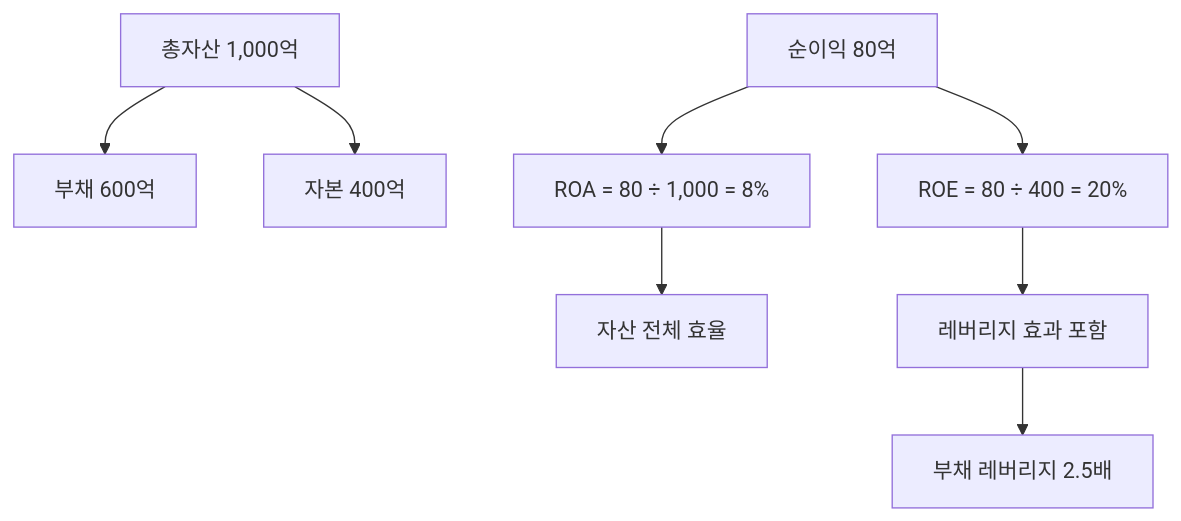
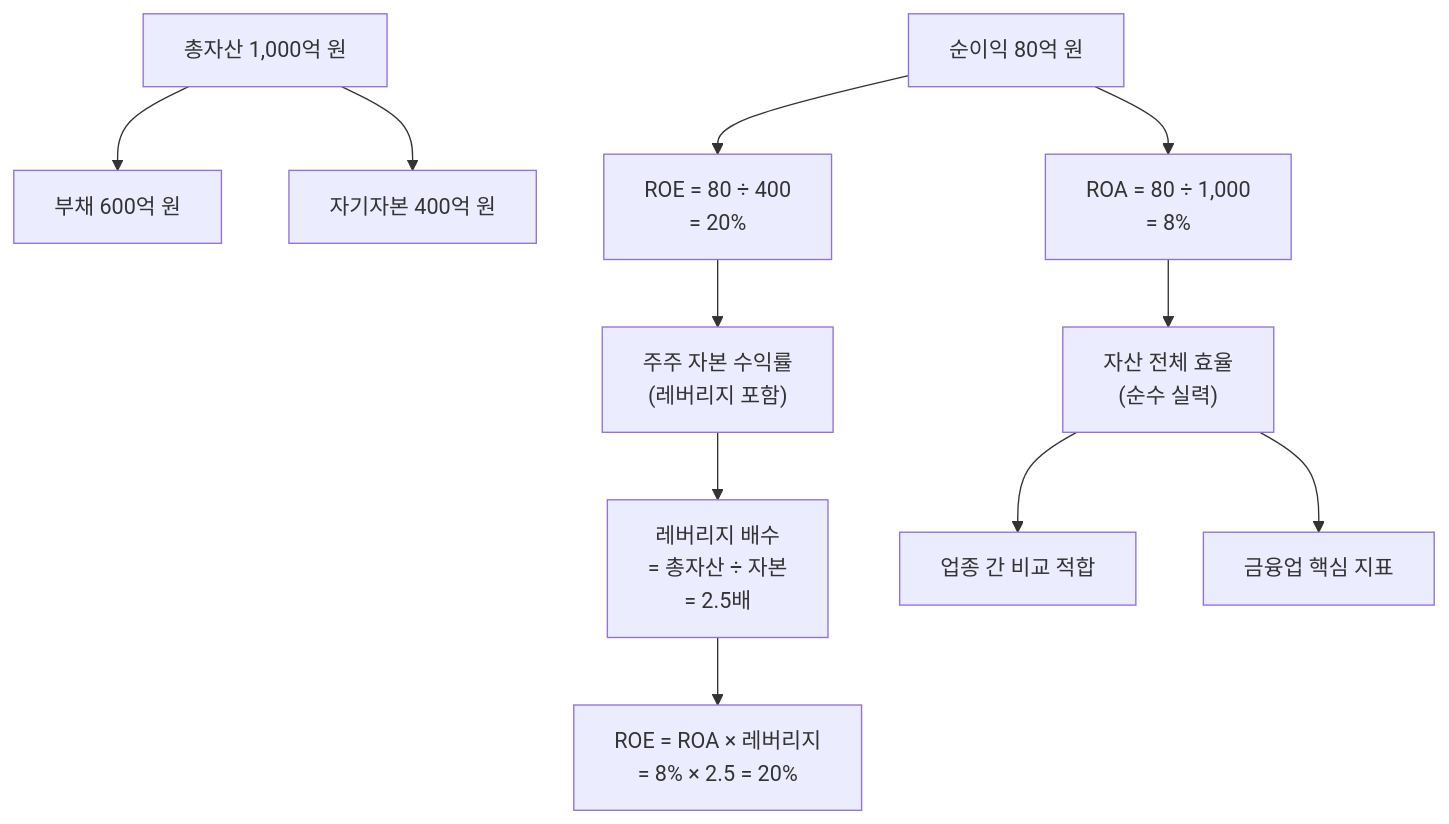
The diagram in content/stock-terms/ko/level-04-ratios/roa.md (yeongseon/stock-visual-note), drawn with Mermaid before and after one commit. The commit also changed other lines of this file, not shown here.

Commit message:
content: rewrite roa.md — 듀폰 분해 설명, M&A 시뮬레이션 시나리오, 12노드 Mermaid, 4개 오해 추가

````diff
--- a/content/stock-terms/ko/level-04-ratios/roa.md
+++ b/content/stock-terms/ko/level-04-ratios/roa.md
@@ -39,11 +47,19 @@
 ```mermaid
 graph TD
-    A["총자산 1,000억"]
-    A --> B["부채 600억"]
-    A --> C["자본 400억"]
-    D["순이익 80억"] --> E["ROA = 80 ÷ 1,000 = 8%"]
-    D --> F["ROE = 80 ÷ 400 = 20%"]
-    E --> G["자산 전체 효율"]
-    F --> H["레버리지 효과 포함"]
-    H --> I["부채 레버리지 2.5배"]
+    A["총자산 1,000억 원"]
+    A --> B["부채 600억 원"]
+    A --> C["자기자본 400억 원"]
+
+    D["순이익 80억 원"]
+    D --> E["ROA = 80 ÷ 1,000<br>= 8%"]
+    D --> F["ROE = 80 ÷ 400<br>= 20%"]
+
+    E --> G["자산 전체 효율<br>(순수 실력)"]
+    F --> H["주주 자본 수익률<br>(레버리지 포함)"]
+
+    H --> I["레버리지 배수<br>= 총자산 ÷ 자본<br>= 2.5배"]
+    I --> J["ROE = ROA × 레버리지<br>= 8% × 2.5 = 20%"]
+
+    G --> K["업종 간 비교 적합"]
+    G --> L["금융업 핵심 지표"]
 ```
````
